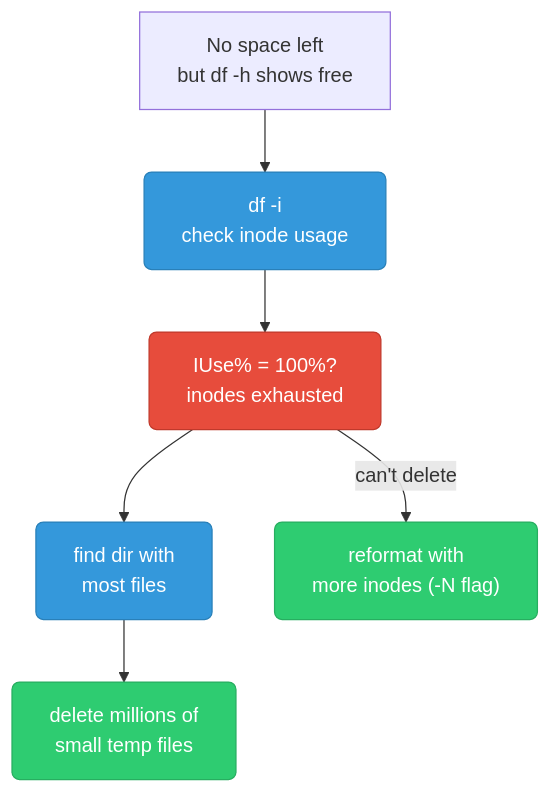
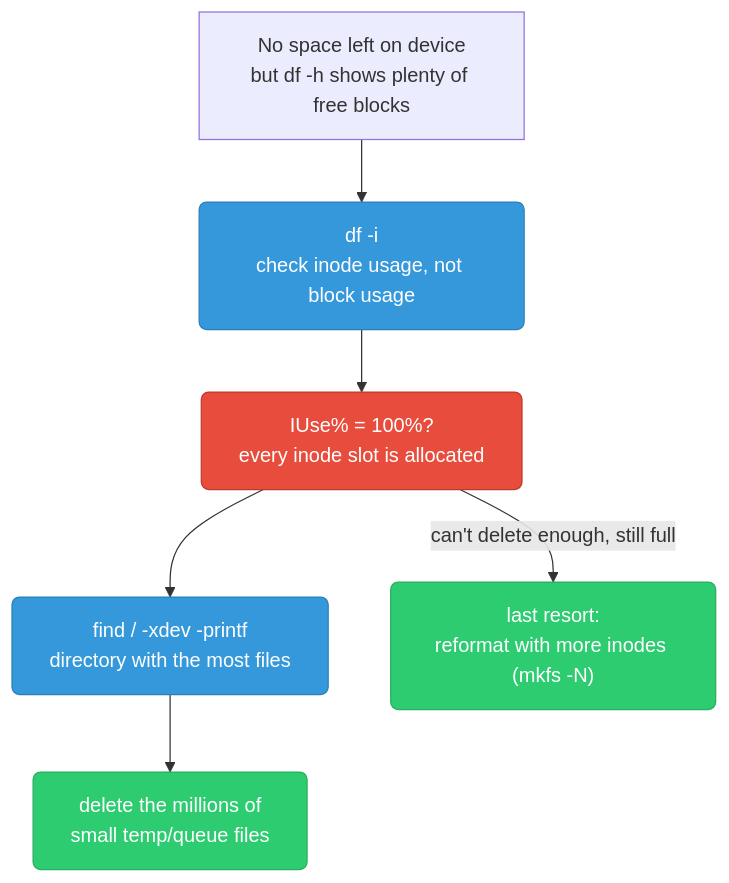
One commit to deepanshu-rawat6/DevOpsIndex changed the seventh of 10 diagrams in sre/linux-debugging.md. Above: the diagram before and after it, drawn with Mermaid. The commit also changed other lines of this file and 10 other files, not shown here.

````diff
--- a/sre/linux-debugging.md
+++ b/sre/linux-debugging.md
@@ -335,16 +484,16 @@
 ```mermaid
 graph TD
     classDef check fill:#3498db,stroke:#2980b9,color:#fff,rx:6
     classDef fix fill:#2ecc71,stroke:#27ae60,color:#fff,rx:6
     classDef warn fill:#e74c3c,stroke:#c0392b,color:#fff,rx:6
 
-    START["No space left<br/>but df -h shows free"]
-    DFI["df -i<br/>check inode usage"]:::check
-    FULL["IUse% = 100%?<br/>inodes exhausted"]:::warn
-    FIND["find dir with<br/>most files"]:::check
-    CLEAN["delete millions of<br/>small temp files"]:::fix
-    REFORMAT["reformat with<br/>more inodes (-N flag)"]:::fix
+    START["No space left on device<br/>but df -h shows plenty of free blocks"]
+    DFI["df -i<br/>check inode usage, not block usage"]:::check
+    FULL["IUse% = 100%?<br/>every inode slot is allocated"]:::warn
+    FIND["find / -xdev -printf<br/>directory with the most files"]:::check
+    CLEAN["delete the millions of<br/>small temp/queue files"]:::fix
+    REFORMAT["last resort:<br/>reformat with more inodes (mkfs -N)"]:::fix
 
     START --> DFI --> FULL --> FIND --> CLEAN
-    FULL -->|"can't delete"| REFORMAT
+    FULL -->|"can't delete enough, still full"| REFORMAT
 ```
````
